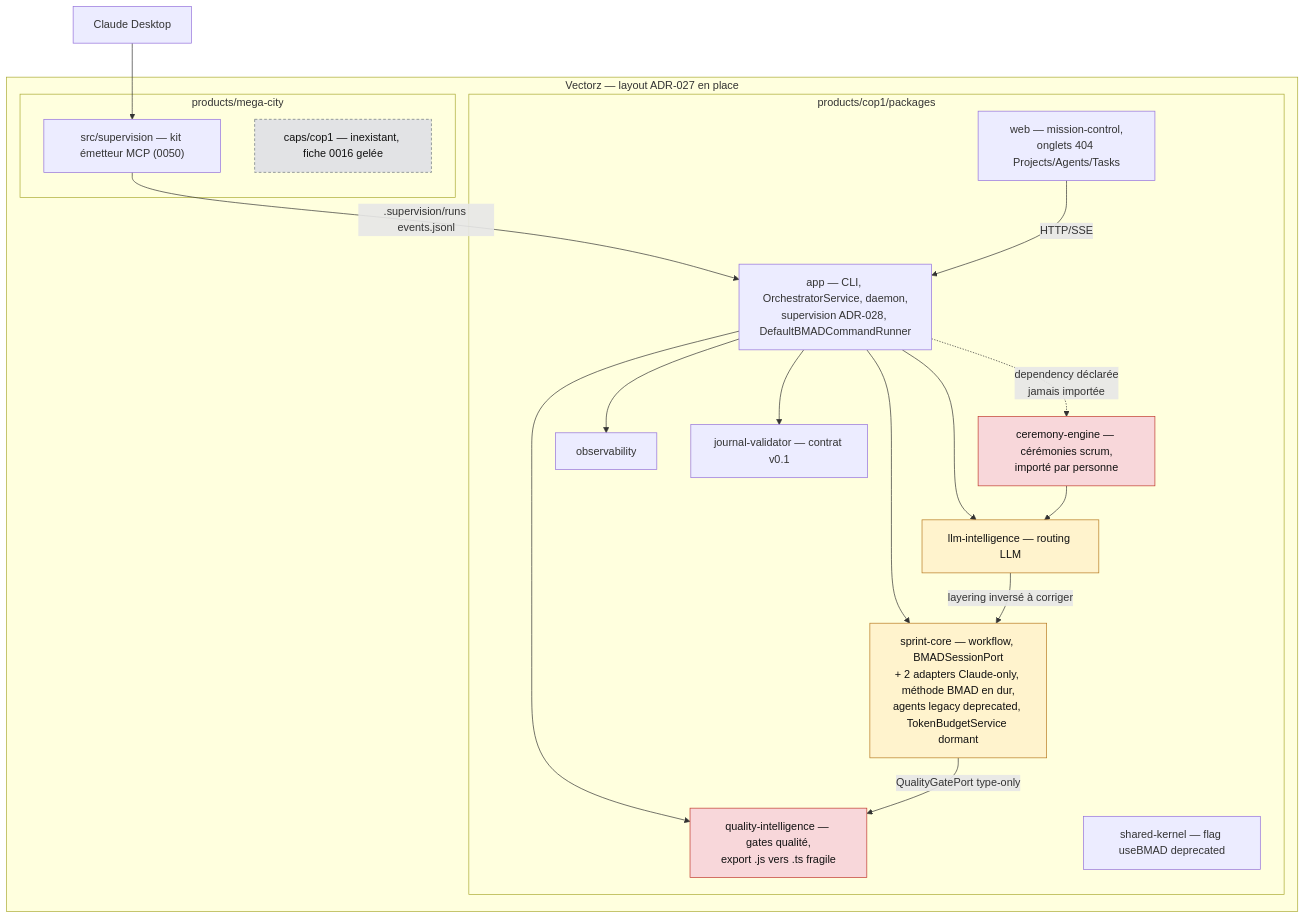
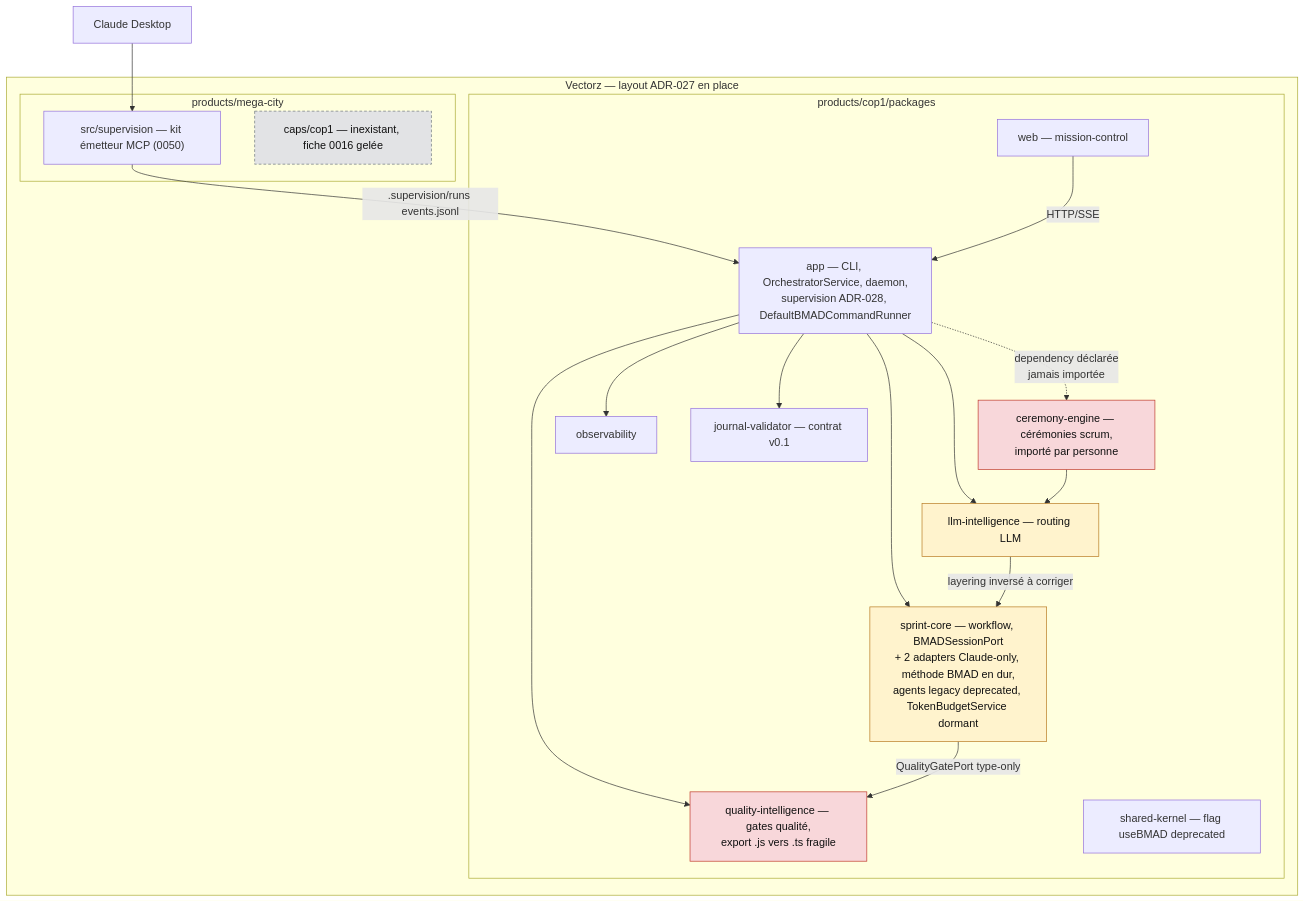
Before and after one commit to elzinko/vectorz: the second of 3 diagrams in features/0034-mise-a-plat-post-pivot.md, drawn with Mermaid. The commit also changed other lines of this file and 2 other files, not shown here.

````diff
--- a/features/0034-mise-a-plat-post-pivot.md
+++ b/features/0034-mise-a-plat-post-pivot.md
@@ -90,38 +92,38 @@
 ```mermaid
 flowchart TD
   subgraph VZ["Vectorz — layout ADR-027 en place"]
     subgraph CP["products/cop1/packages"]
       APP["app — CLI, OrchestratorService, daemon,<br/>supervision ADR-028, DefaultBMADCommandRunner"]
       SC["sprint-core — workflow, BMADSessionPort<br/>+ 2 adapters Claude-only, méthode BMAD en dur,<br/>agents legacy deprecated, TokenBudgetService dormant"]
       CE["ceremony-engine — cérémonies scrum,<br/>importé par personne"]
       QI["quality-intelligence — gates qualité,<br/>export .js vers .ts fragile"]
       LLMI["llm-intelligence — routing LLM"]
       OBS["observability"]
       SHK["shared-kernel — flag useBMAD deprecated"]
       JV["journal-validator — contrat v0.1"]
-      WEBUI["web — mission-control,<br/>onglets 404 Projects/Agents/Tasks"]
+      WEBUI["web — mission-control"]
     end
     subgraph MC["products/mega-city"]
       EMIT["src/supervision — kit émetteur MCP (0050)"]
       NOCAP["caps/cop1 — inexistant, fiche 0016 gelée"]
     end
   end
   DESK["Claude Desktop"] --> EMIT
   EMIT -->|".supervision/runs events.jsonl"| APP
   APP --> SC
   APP --> QI
   APP --> LLMI
   APP --> JV
   APP --> OBS
   APP -.->|"dependency déclarée<br/>jamais importée"| CE
   SC -->|"QualityGatePort type-only"| QI
   LLMI -->|"layering inversé à corriger"| SC
   CE --> LLMI
   WEBUI -->|"HTTP/SSE"| APP
   classDef legacy fill:#f8d7da,stroke:#c0392b,color:#111
   classDef transit fill:#fff3cd,stroke:#b7791f,color:#111
   classDef manquant fill:#e2e3e5,stroke:#6c757d,color:#111,stroke-dasharray:4 3
   class CE,QI legacy
   class SC,LLMI transit
   class NOCAP manquant
 ```
````
